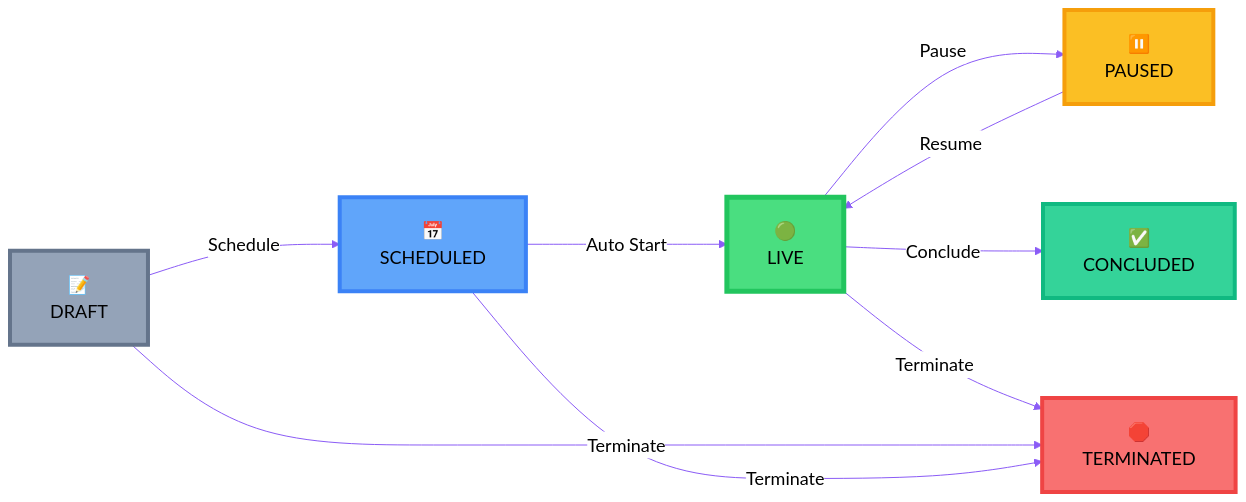
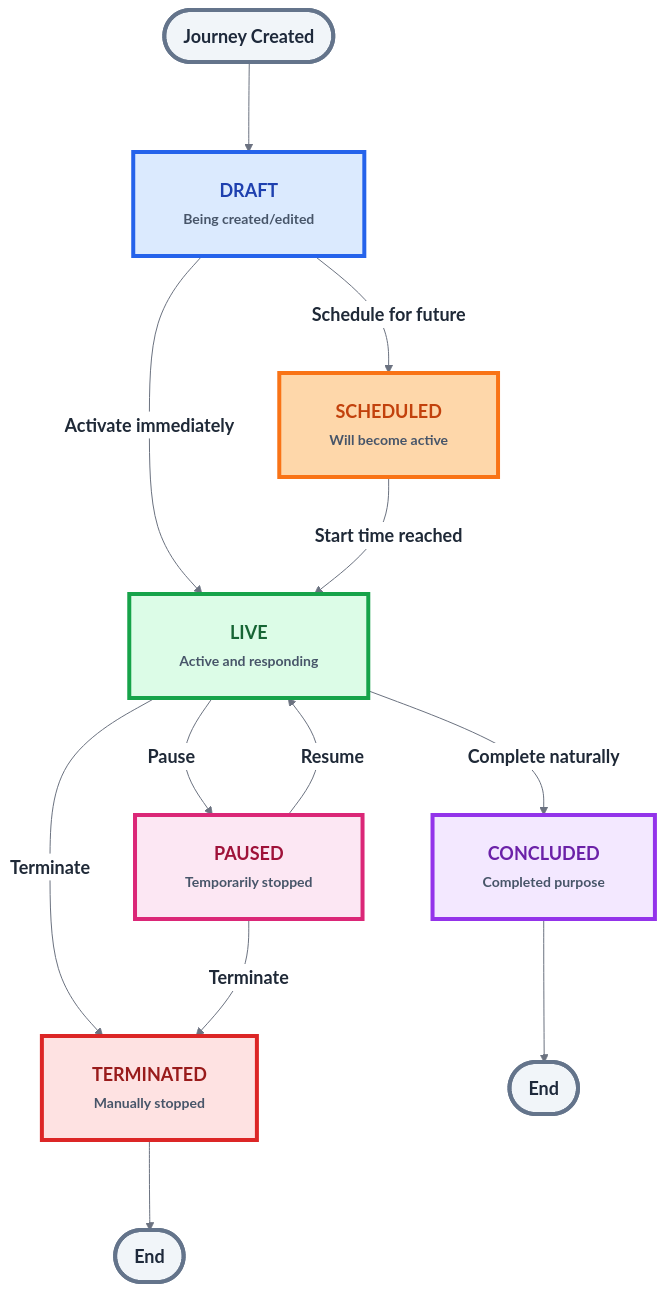
One commit to dream-horizon-org/raven-panel changed the second of 2 diagrams in docs/docs/journeys/overview.md. Above: the diagram before and after it, drawn with Mermaid. The commit also changed other lines of this file, not shown here.

Commit message:
journey lifecycle diagram changed

````diff
--- a/docs/docs/journeys/overview.md
+++ b/docs/docs/journeys/overview.md
@@ -90,19 +65,25 @@
 ```mermaid
-%%{init: {'theme':'base', 'themeVariables': { 'fontSize': '18px', 'primaryColor': '#8b5cf6', 'primaryTextColor': '#000', 'primaryBorderColor': '#7c3aed', 'lineColor': '#8b5cf6', 'secondaryColor': '#a78bfa', 'tertiaryColor': '#c4b5fd', 'nodeBkgColor': '#fff', 'nodeBorder': '2px', 'clusterBkg': '#fff', 'clusterBorder': '2px', 'defaultLinkColor': '#8b5cf6', 'titleColor': '#000', 'edgeLabelBackground': '#fff', 'mainBkgColor': '#fff', 'secondBkgColor': '#fff', 'tertiaryBkgColor': '#fff'}, 'flowchart': { 'nodeSpacing': 100, 'rankSpacing': 120, 'curve': 'basis', 'padding': 20, 'useMaxWidth': false, 'htmlLabels': true, 'defaultRenderer': 'dagre-wrapper'}}}%%
-flowchart LR
-    A["📝<br/>DRAFT"] -->|Schedule| B["📅<br/>SCHEDULED"]
-    B -->|Auto Start| C["🟢<br/>LIVE"]
-    C -->|Pause| D["⏸️<br/>PAUSED"]
-    D -->|Resume| C
-    C -->|Conclude| E["✅<br/>CONCLUDED"]
-    C -->|Terminate| F["🛑<br/>TERMINATED"]
-    A -->|Terminate| F
-    B -->|Terminate| F
+%%{init: {'theme':'base', 'themeVariables': { 'fontSize': '18px', 'fontFamily': 'system-ui, -apple-system, sans-serif', 'primaryColor': '#8b5cf6', 'primaryTextColor': '#1f2937', 'primaryBorderColor': '#7c3aed', 'lineColor': '#6b7280', 'secondaryColor': '#a78bfa', 'tertiaryColor': '#c4b5fd', 'nodeBkgColor': '#fff', 'nodeBorder': '3px', 'clusterBkg': '#fff', 'clusterBorder': '2px', 'defaultLinkColor': '#4b5563', 'titleColor': '#1f2937', 'edgeLabelBackground': '#ffffff', 'mainBkgColor': '#fff', 'secondBkgColor': '#fff', 'tertiaryBkgColor': '#fff', 'edgeLabelBackgroundSize': 'auto', 'edgeLabelFontSize': '14px', 'edgeLabelFontWeight': '600'}, 'flowchart': { 'nodeSpacing': 70, 'rankSpacing': 90, 'curve': 'basis', 'padding': 25, 'useMaxWidth': false, 'htmlLabels': true, 'defaultRenderer': 'dagre-wrapper'}}}%%
+flowchart TD
+    Start([Journey Created]) --> DRAFT["<b>DRAFT</b><br/><span style='font-size:14px;color:#475569'>Being created/edited</span>"]
+    DRAFT -->|"<b>Schedule for future</b>"| SCHEDULED["<b>SCHEDULED</b><br/><span style='font-size:14px;color:#475569'>Will become active</span>"]
+    DRAFT -->|"<b>Activate immediately</b>"| LIVE["<b>LIVE</b><br/><span style='font-size:14px;color:#475569'>Active and responding</span>"]
+    SCHEDULED -->|"<b>Start time reached</b>"| LIVE
+    LIVE -->|"<b>Pause</b>"| PAUSED["<b>PAUSED</b><br/><span style='font-size:14px;color:#475569'>Temporarily stopped</span>"]
+    LIVE -->|"<b>Complete naturally</b>"| CONCLUDED["<b>CONCLUDED</b><br/><span style='font-size:14px;color:#475569'>Completed purpose</span>"]
+    LIVE -->|"<b>Terminate</b>"| TERMINATED["<b>TERMINATED</b><br/><span style='font-size:14px;color:#475569'>Manually stopped</span>"]
+    PAUSED -->|"<b>Resume</b>"| LIVE
+    PAUSED -->|"<b>Terminate</b>"| TERMINATED
+    CONCLUDED --> End1([End])
+    TERMINATED --> End2([End])
     
-    style A fill:#94a3b8,stroke:#64748b,stroke-width:4px,color:#000,min-width:120px,min-height:80px
-    style B fill:#60a5fa,stroke:#3b82f6,stroke-width:4px,color:#000,min-width:120px,min-height:80px
-    style C fill:#4ade80,stroke:#22c55e,stroke-width:5px,color:#000,min-width:120px,min-height:80px
-    style D fill:#fbbf24,stroke:#f59e0b,stroke-width:4px,color:#000,min-width:120px,min-height:80px
-    style E fill:#34d399,stroke:#10b981,stroke-width:4px,color:#000,min-width:120px,min-height:80px
-    style F fill:#f87171,stroke:#ef4444,stroke-width:4px,color:#000,min-width:120px,min-height:80px
+    style Start fill:#f1f5f9,stroke:#64748b,stroke-width:4px,color:#1e293b,font-weight:bold
+    style DRAFT fill:#dbeafe,stroke:#2563eb,stroke-width:4px,color:#1e40af,font-weight:bold
+    style SCHEDULED fill:#fed7aa,stroke:#f97316,stroke-width:4px,color:#c2410c,font-weight:bold
+    style LIVE fill:#dcfce7,stroke:#16a34a,stroke-width:4px,color:#166534,font-weight:bold
+    style PAUSED fill:#fce7f3,stroke:#db2777,stroke-width:4px,color:#9f1239,font-weight:bold
+    style CONCLUDED fill:#f3e8ff,stroke:#9333ea,stroke-width:4px,color:#6b21a8,font-weight:bold
+    style TERMINATED fill:#fee2e2,stroke:#dc2626,stroke-width:4px,color:#991b1b,font-weight:bold
+    style End1 fill:#f1f5f9,stroke:#64748b,stroke-width:4px,color:#1e293b,font-weight:bold
+    style End2 fill:#f1f5f9,stroke:#64748b,stroke-width:4px,color:#1e293b,font-weight:bold
 ```
````
